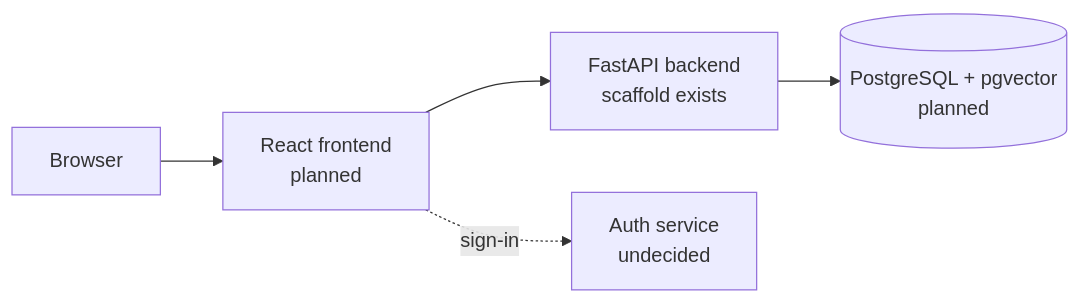
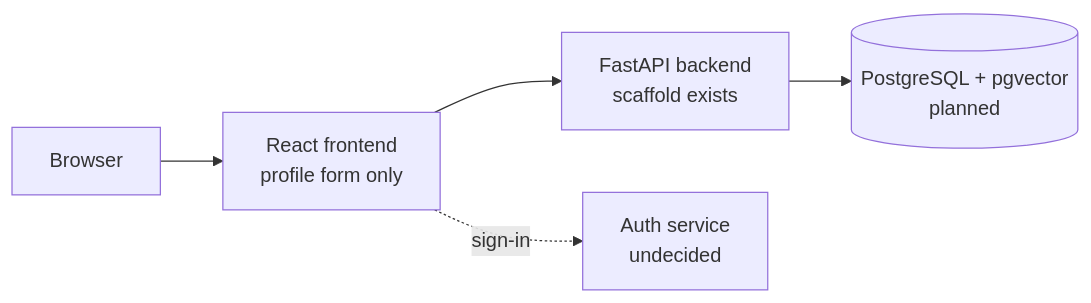
Before and after one commit to Splash791/beaverlink: the second of 2 diagrams in docs/design.md, drawn with Mermaid. The commit also changed other lines of this file and 8 other files, not shown here.

Commit message:
feat: add profile form for students and alumni

````diff
--- a/docs/design.md
+++ b/docs/design.md
@@ -26,7 +26,7 @@
 ```mermaid
 flowchart LR
-  U[Browser] --> FE[React frontend<br/>planned]
+  U[Browser] --> FE[React frontend<br/>profile form only]
   FE --> API[FastAPI backend<br/>scaffold exists]
   API --> DB[(PostgreSQL + pgvector<br/>planned)]
   FE -.sign-in.-> AUTH[Auth service<br/>undecided]
 ```
````
